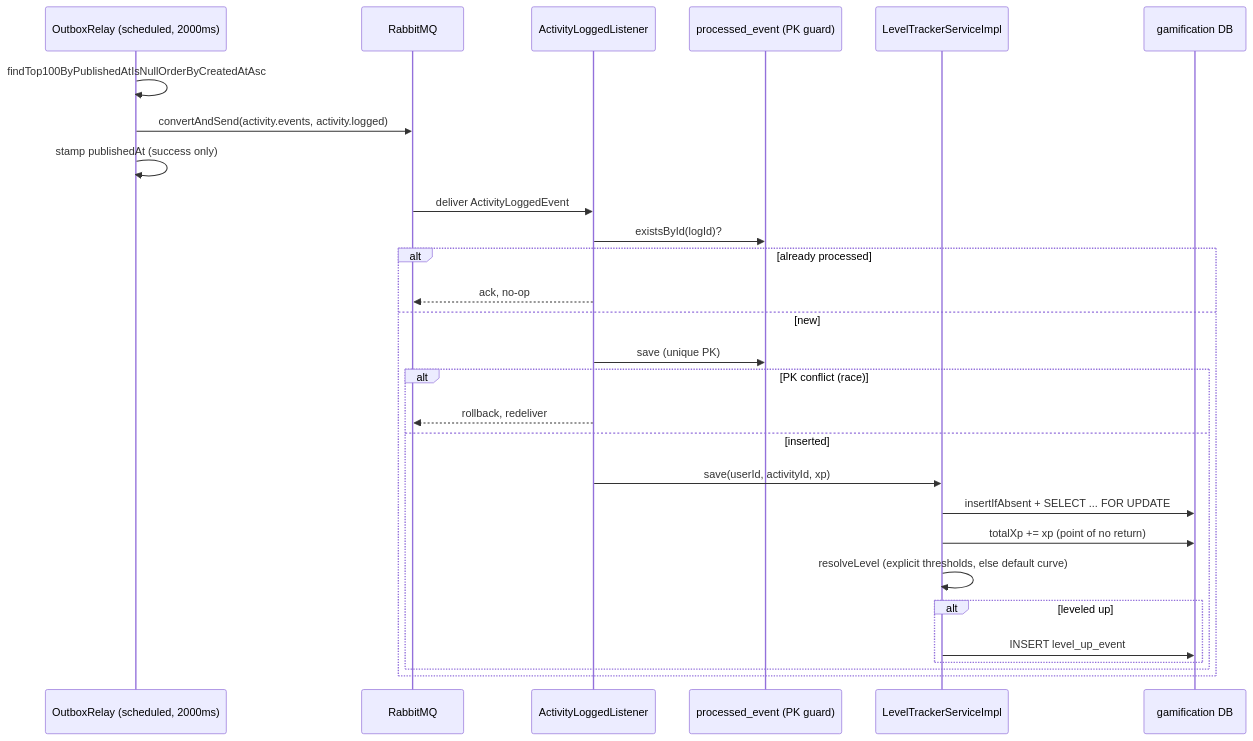
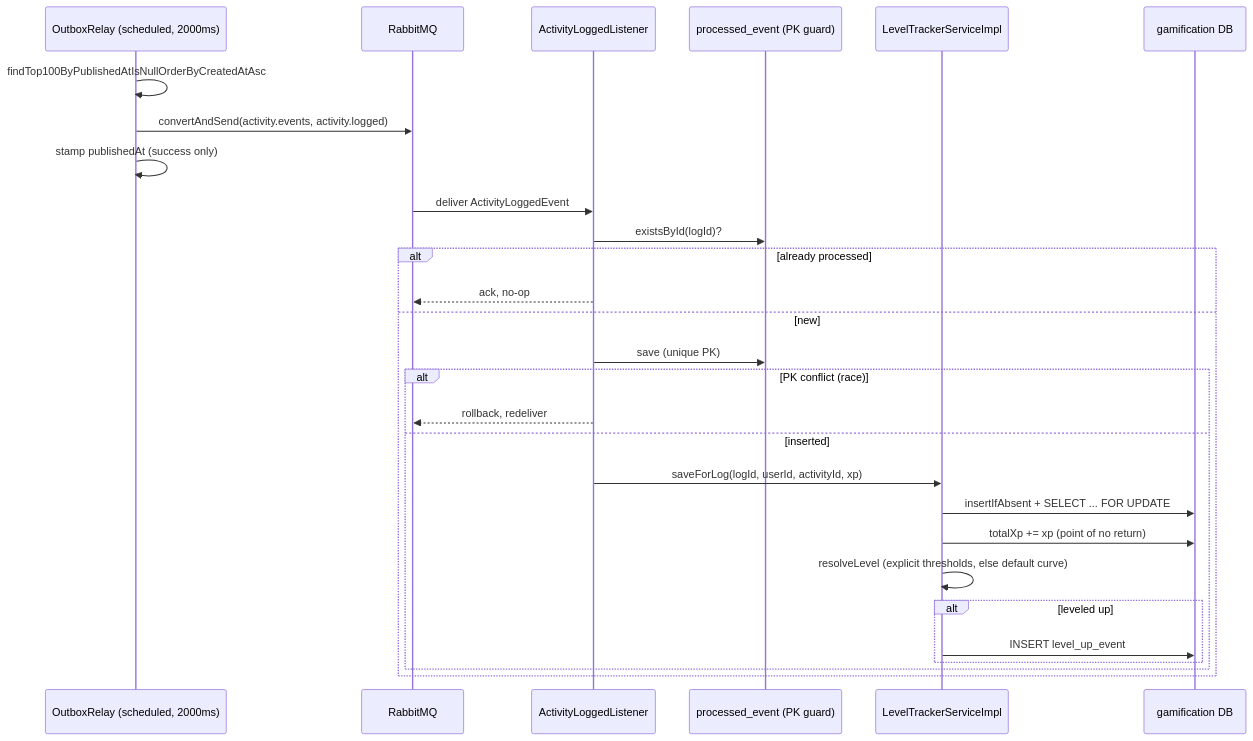
One commit to prashant-singh-2001/gamified_tracker changed the fourth of 6 diagrams in docs/FLOWS.md. Above: the diagram before and after it, drawn with Mermaid. The commit also changed other lines of this file and 3 other files, not shown here.

````diff
--- a/docs/FLOWS.md
+++ b/docs/FLOWS.md
@@ -317,31 +317,31 @@
 ```mermaid
 sequenceDiagram
     participant OR as OutboxRelay (scheduled, 2000ms)
     participant MQ as RabbitMQ
     participant AL as ActivityLoggedListener
     participant PE as processed_event (PK guard)
     participant LT as LevelTrackerServiceImpl
     participant DB as gamification DB
 
     OR->>OR: findTop100ByPublishedAtIsNullOrderByCreatedAtAsc
     OR->>MQ: convertAndSend(activity.events, activity.logged)
     OR->>OR: stamp publishedAt (success only)
     MQ->>AL: deliver ActivityLoggedEvent
     AL->>PE: existsById(logId)?
     alt already processed
         AL-->>MQ: ack, no-op
     else new
         AL->>PE: save (unique PK)
         alt PK conflict (race)
             AL-->>MQ: rollback, redeliver
         else inserted
-            AL->>LT: save(userId, activityId, xp)
+            AL->>LT: saveForLog(logId, userId, activityId, xp)
             LT->>DB: insertIfAbsent + SELECT ... FOR UPDATE
             LT->>DB: totalXp += xp  (point of no return)
             LT->>LT: resolveLevel (explicit thresholds, else default curve)
             alt leveled up
                 LT->>DB: INSERT level_up_event
             end
         end
     end
 ```
````
